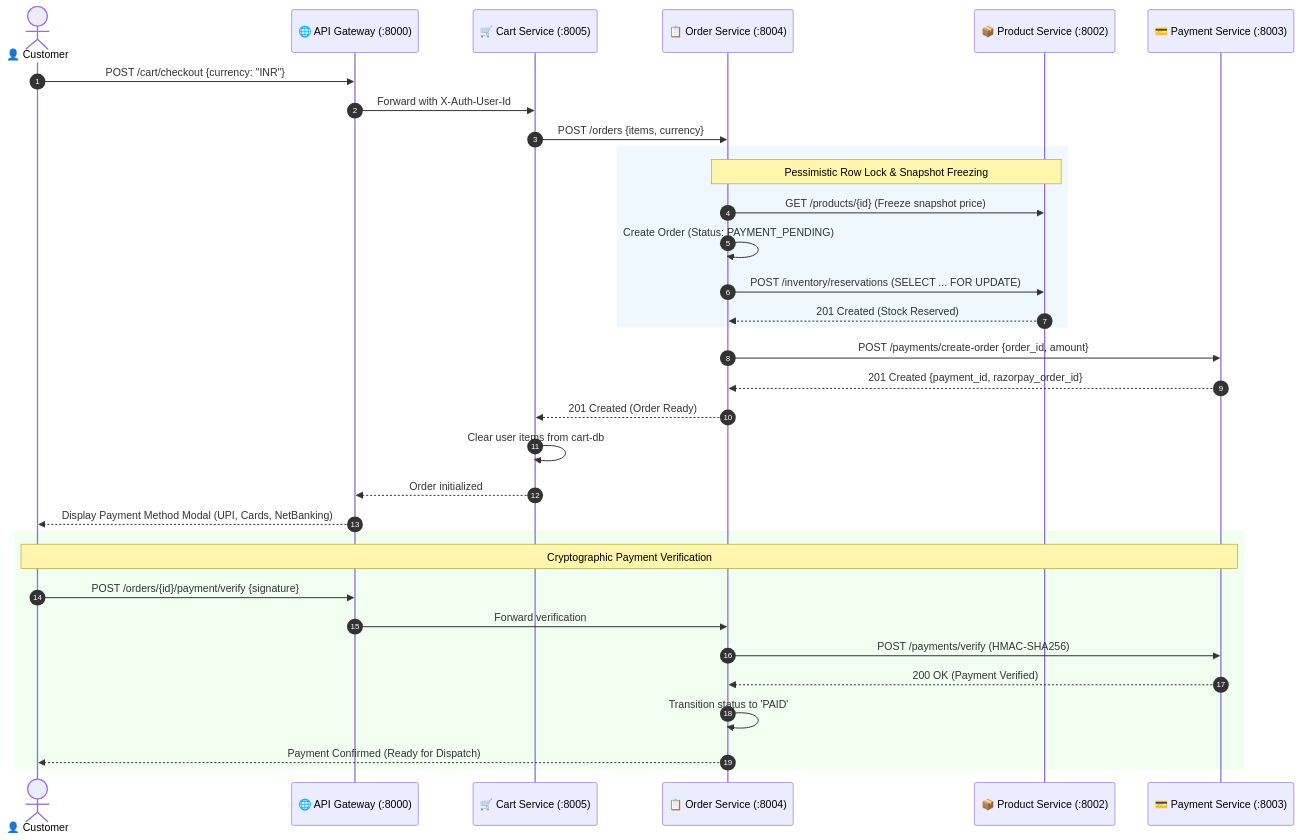
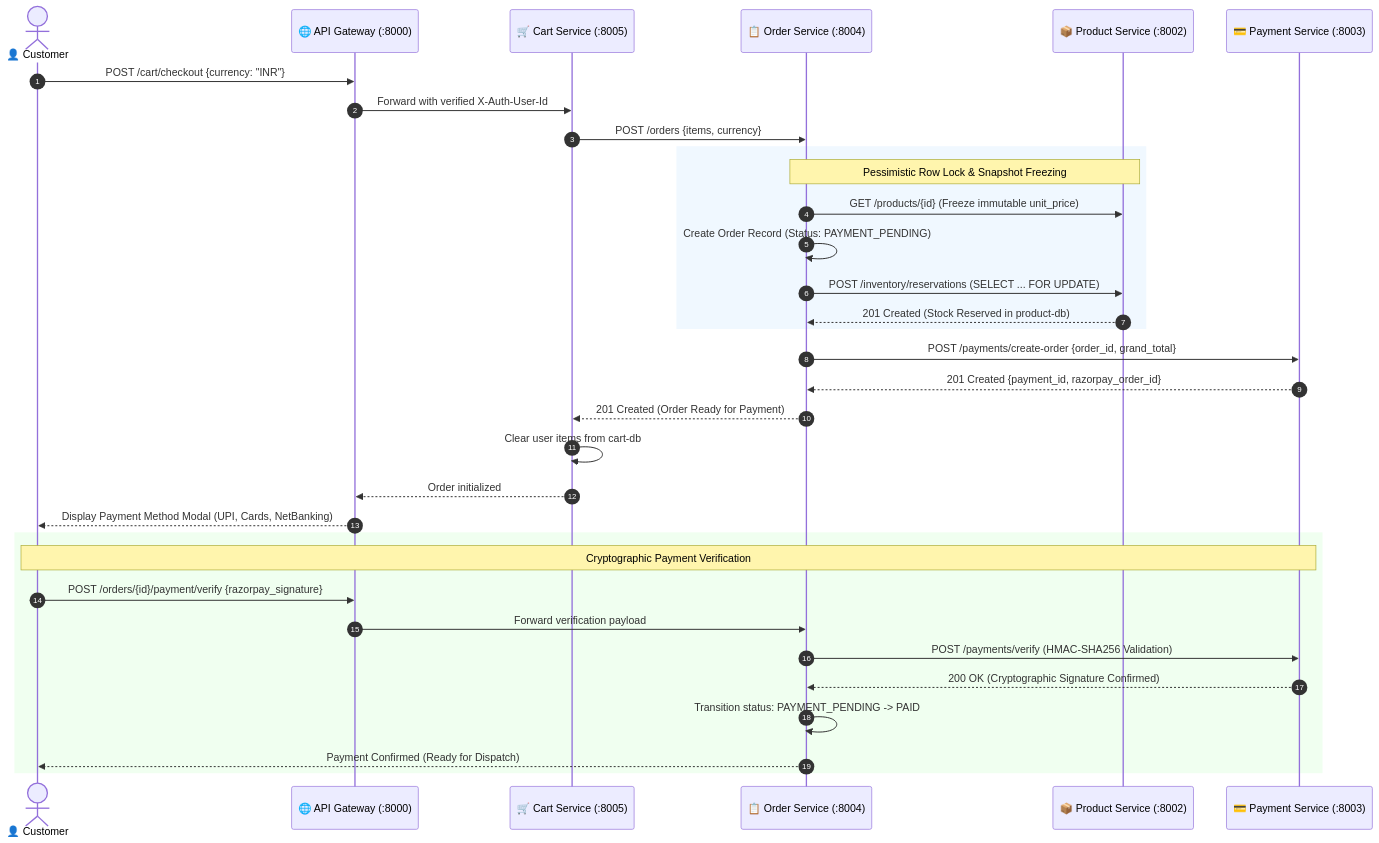
One commit to Jayantha1028/Ecommerce-Microservices-site changed the second of 4 diagrams in doc/README.md. Above: the diagram before and after it, drawn with Mermaid. The commit also changed other lines of this file, not shown here.

````diff
--- a/doc/README.md
+++ b/doc/README.md
@@ -96,39 +97,39 @@
 ```mermaid
 sequenceDiagram
     autonumber
     actor Customer as 👤 Customer
     participant GW as 🌐 API Gateway (:8000)
     participant Cart as 🛒 Cart Service (:8005)
     participant Order as 📋 Order Service (:8004)
     participant Prod as 📦 Product Service (:8002)
     participant Pay as 💳 Payment Service (:8003)
 
     Customer->>GW: POST /cart/checkout {currency: "INR"}
-    GW->>Cart: Forward with X-Auth-User-Id
+    GW->>Cart: Forward with verified X-Auth-User-Id
     Cart->>Order: POST /orders {items, currency}
     
     rect rgb(240, 248, 255)
         Note over Order,Prod: Pessimistic Row Lock & Snapshot Freezing
-        Order->>Prod: GET /products/{id} (Freeze snapshot price)
-        Order->>Order: Create Order (Status: PAYMENT_PENDING)
+        Order->>Prod: GET /products/{id} (Freeze immutable unit_price)
+        Order->>Order: Create Order Record (Status: PAYMENT_PENDING)
         Order->>Prod: POST /inventory/reservations (SELECT ... FOR UPDATE)
-        Prod-->>Order: 201 Created (Stock Reserved)
+        Prod-->>Order: 201 Created (Stock Reserved in product-db)
     end
 
-    Order->>Pay: POST /payments/create-order {order_id, amount}
+    Order->>Pay: POST /payments/create-order {order_id, grand_total}
     Pay-->>Order: 201 Created {payment_id, razorpay_order_id}
-    Order-->>Cart: 201 Created (Order Ready)
+    Order-->>Cart: 201 Created (Order Ready for Payment)
     Cart->>Cart: Clear user items from cart-db
     Cart-->>GW: Order initialized
     GW-->>Customer: Display Payment Method Modal (UPI, Cards, NetBanking)
 
     rect rgb(240, 255, 240)
         Note over Customer,Pay: Cryptographic Payment Verification
-        Customer->>GW: POST /orders/{id}/payment/verify {signature}
-        GW->>Order: Forward verification
-        Order->>Pay: POST /payments/verify (HMAC-SHA256)
-        Pay-->>Order: 200 OK (Payment Verified)
-        Order->>Order: Transition status to 'PAID'
+        Customer->>GW: POST /orders/{id}/payment/verify {razorpay_signature}
+        GW->>Order: Forward verification payload
+        Order->>Pay: POST /payments/verify (HMAC-SHA256 Validation)
+        Pay-->>Order: 200 OK (Cryptographic Signature Confirmed)
+        Order->>Order: Transition status: PAYMENT_PENDING -> PAID
         Order-->>Customer: Payment Confirmed (Ready for Dispatch)
     end
 ```
````
